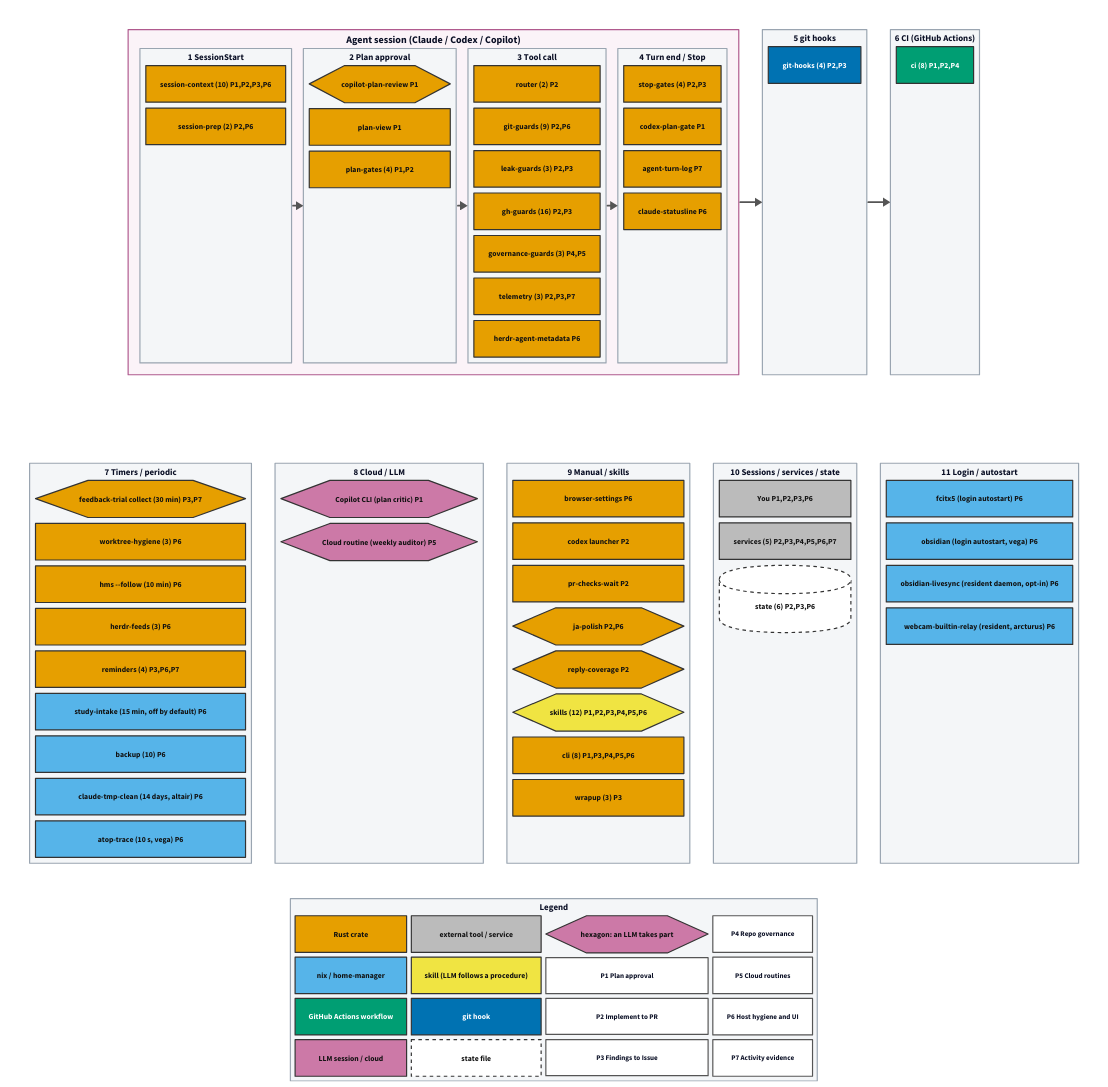
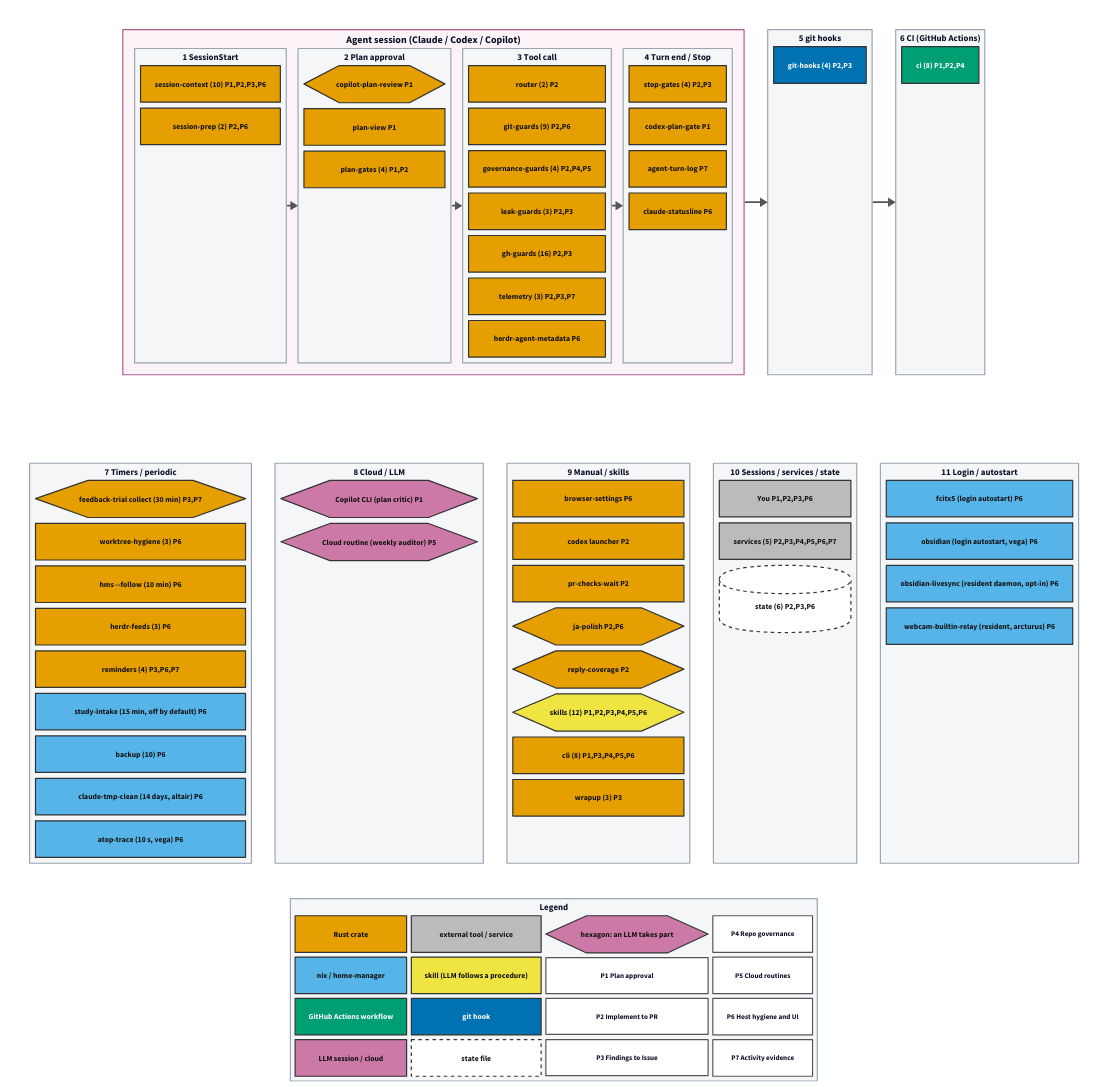
One commit to tarotene/dotfiles changed the diagram in docs/assets/pipeline-map/overview.d2. Above: the diagram before and after it, drawn with D2. The commit also changed 13 other files, not shown here.

```diff
--- a/docs/assets/pipeline-map/overview.d2
+++ b/docs/assets/pipeline-map/overview.d2
@@ -210,13 +210,13 @@
       g_git_guards: "git-guards (9)  P2,P6" {
         class: s_rust
       }
+      g_governance_guards: "governance-guards (4)  P2,P4,P5" {
+        class: s_rust
+      }
       g_leak_guards: "leak-guards (3)  P2,P3" {
         class: s_rust
       }
       g_gh_guards: "gh-guards (16)  P2,P3" {
-        class: s_rust
-      }
-      g_governance_guards: "governance-guards (3)  P4,P5" {
         class: s_rust
       }
       g_telemetry: "telemetry (3)  P2,P3,P7" {
```
